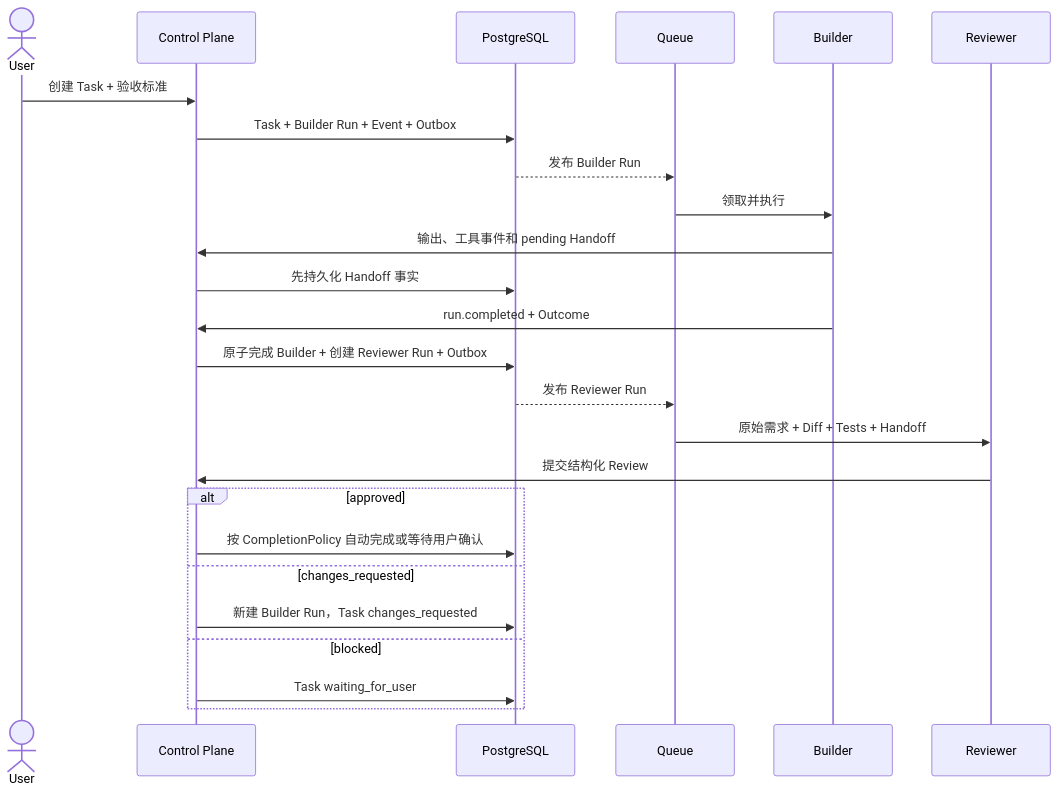
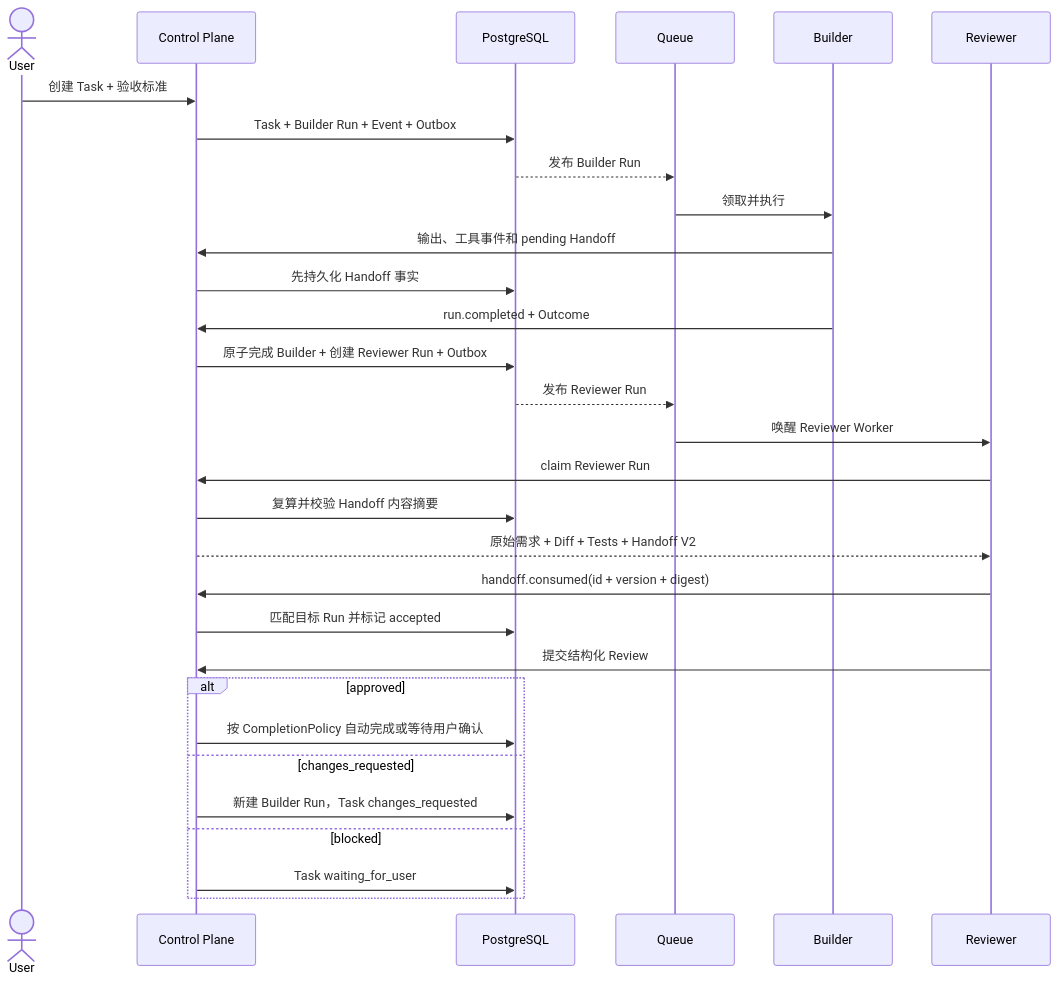
Before and after one commit to zishuo-xu/relay-hub: the first of 2 diagrams in docs/09-overall-design-baseline.md, drawn with Mermaid. The commit also changed 24 other files, not shown here.

````diff
--- a/docs/09-overall-design-baseline.md
+++ b/docs/09-overall-design-baseline.md
@@ -159,28 +159,33 @@
 ```mermaid
 sequenceDiagram
     actor User
     participant API as Control Plane
     participant DB as PostgreSQL
     participant Q as Queue
     participant B as Builder
     participant R as Reviewer
 
     User->>API: 创建 Task + 验收标准
     API->>DB: Task + Builder Run + Event + Outbox
     DB-->>Q: 发布 Builder Run
     Q->>B: 领取并执行
     B->>API: 输出、工具事件和 pending Handoff
     API->>DB: 先持久化 Handoff 事实
     B->>API: run.completed + Outcome
     API->>DB: 原子完成 Builder + 创建 Reviewer Run + Outbox
     DB-->>Q: 发布 Reviewer Run
-    Q->>R: 原始需求 + Diff + Tests + Handoff
+    Q->>R: 唤醒 Reviewer Worker
+    R->>API: claim Reviewer Run
+    API->>DB: 复算并校验 Handoff 内容摘要
+    API-->>R: 原始需求 + Diff + Tests + Handoff V2
+    R->>API: handoff.consumed(id + version + digest)
+    API->>DB: 匹配目标 Run 并标记 accepted
     R->>API: 提交结构化 Review
     alt approved
       API->>DB: 按 CompletionPolicy 自动完成或等待用户确认
     else changes_requested
       API->>DB: 新建 Builder Run，Task changes_requested
     else blocked
       API->>DB: Task waiting_for_user
     end
 ```
````
